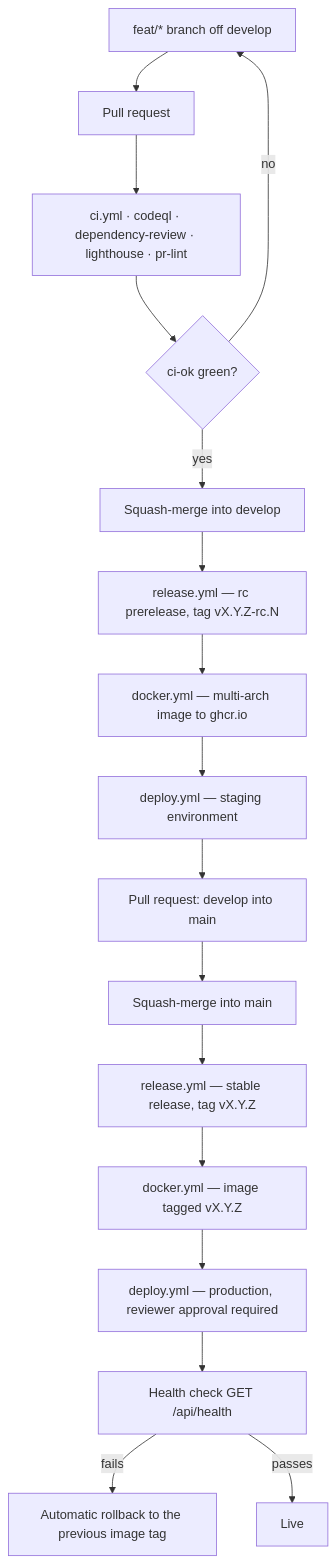
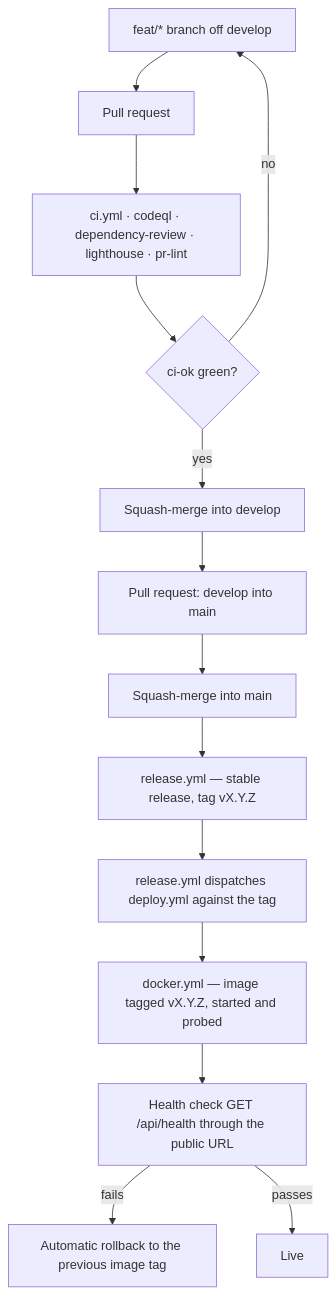
One commit to iuriishikov/vladimirshikov-site changed the diagram in README.md. Above: the diagram before and after it, drawn with Mermaid. The commit also changed 9 other files, not shown here.

First line of the commit message:
feat(release): make merging to main the whole of deploying (#6)

````diff
--- a/README.md
+++ b/README.md
@@ -173,19 +173,16 @@
 ```mermaid
 flowchart TD
     A["feat/* branch off develop"] --> B["Pull request"]
     B --> C["ci.yml · codeql · dependency-review · lighthouse · pr-lint"]
     C --> D{"ci-ok green?"}
     D -- no --> A
     D -- yes --> E["Squash-merge into develop"]
-    E --> F["release.yml — rc prerelease, tag vX.Y.Z-rc.N"]
-    F --> G["docker.yml — multi-arch image to ghcr.io"]
-    G --> H["deploy.yml — staging environment"]
-    H --> I["Pull request: develop into main"]
+    E --> I["Pull request: develop into main"]
     I --> J["Squash-merge into main"]
     J --> K["release.yml — stable release, tag vX.Y.Z"]
-    K --> L["docker.yml — image tagged vX.Y.Z"]
-    L --> M["deploy.yml — production, reviewer approval required"]
-    M --> N["Health check GET /api/health"]
+    K --> M["release.yml dispatches deploy.yml against the tag"]
+    M --> L["docker.yml — image tagged vX.Y.Z, started and probed"]
+    L --> N["Health check GET /api/health through the public URL"]
     N -- fails --> O["Automatic rollback to the previous image tag"]
     N -- passes --> P["Live"]
 ```
````
